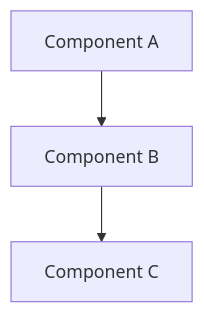
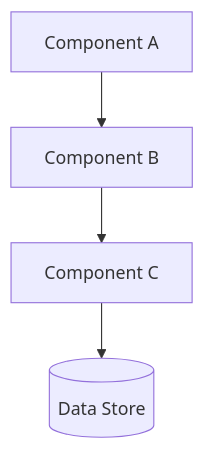
The diagram in data/templates/INFRASTRUCTURE_DOC.md (windagency/valora.ai), drawn with Mermaid before and after one commit. The commit also changed other lines of this file and 12 other files, not shown here.

````diff
--- a/data/templates/INFRASTRUCTURE_DOC.md
+++ b/data/templates/INFRASTRUCTURE_DOC.md
@@ -24,5 +27,6 @@
 ```mermaid
 flowchart TB
     A[Component A] --> B[Component B]
     B --> C[Component C]
+    C --> D[(Data Store)]
 ```
````
